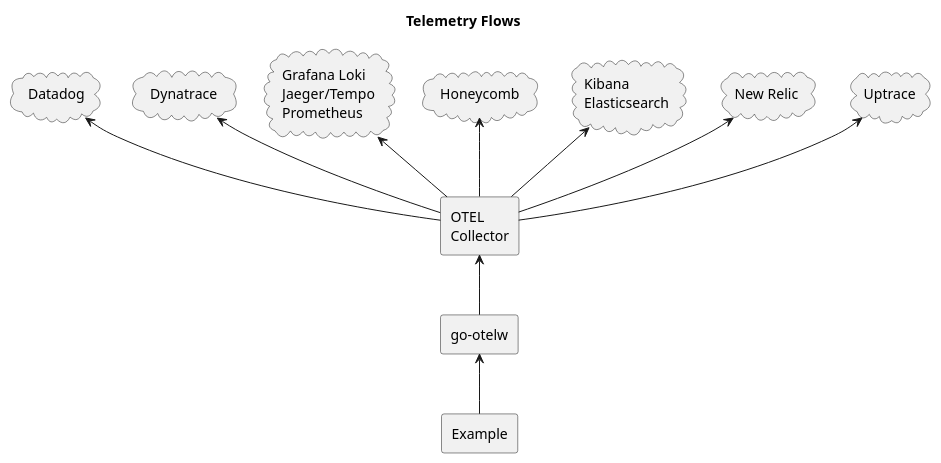
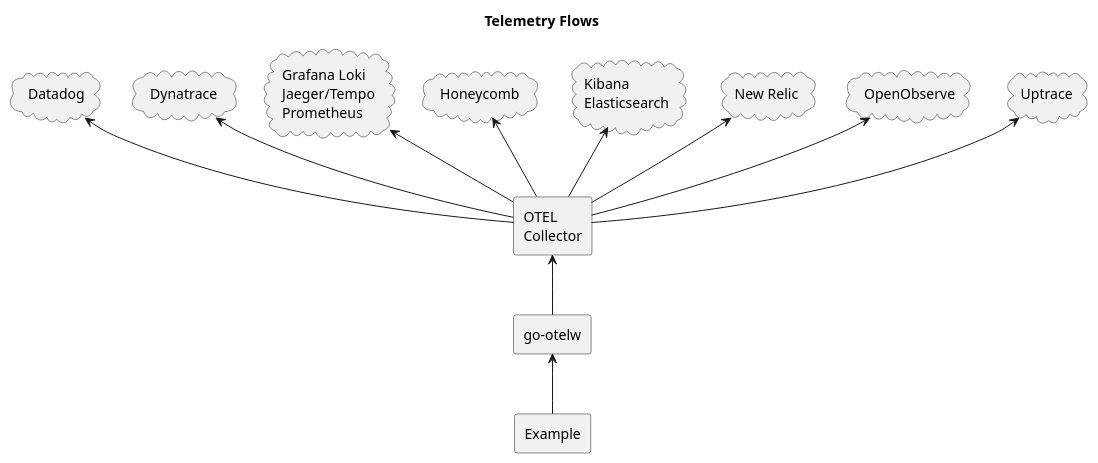
Before and after one commit to yolkhovyy/go-otelw: the diagram in docs/diagrams/overview.puml, drawn with PlantUML. The commit also changed 16 other files, not shown here.

```diff
--- a/docs/diagrams/overview.puml
+++ b/docs/diagrams/overview.puml
@@ -1,28 +1,30 @@
 @startuml overview
 title Telemetry Flows
 ' left to right direction
 
 cloud "Datadog" as DD
 cloud "Dynatrace" as DT
 cloud "Kibana\nElasticsearch" as EK
 cloud "Grafana Loki\nJaeger/Tempo\nPrometheus" as G
 cloud "Honeycomb" as HC
 cloud "New Relic" as NR
+cloud "OpenObserve" as OO
 cloud "Uptrace" as UPT
 
 agent "go-otelw" as OW
 agent "OTEL\nCollector" as OC
 agent Example as EX
 
 OC -up-> UPT
+OC -up-> OO
 OC -up-> NR
 OC -up-> EK
 OC -up-> HC
 OC -up-> G
 OC -up-> DT
 OC -up-> DD
 
 EX -up-> OW
 OW -UP-> OC
 
 @enduml
```
